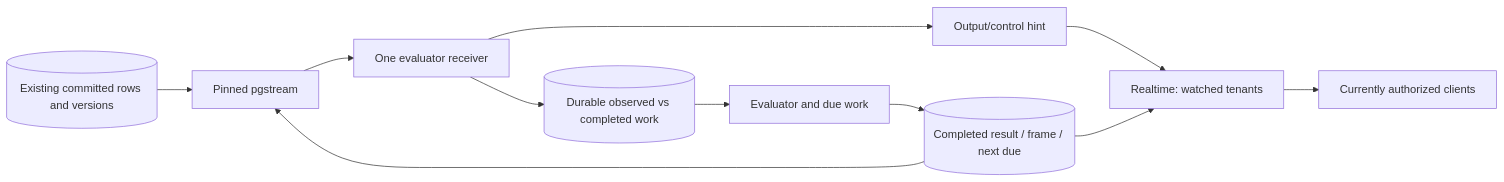
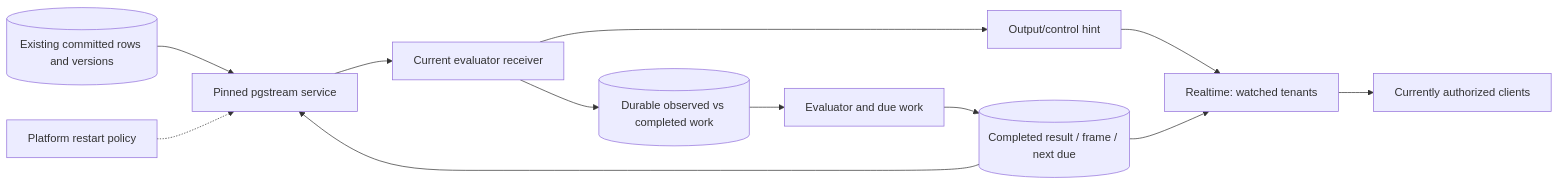
The second of 6 diagrams in docs/30-design/tenancy/evaluator-realtime-communication.md (bewest/rag-nightscout-ecosystem-alignment), drawn with Mermaid before and after one commit. The commit also changed other lines of this file and 2 other files, not shown here.

Commit message:
Record platform-owned stream recovery and current topology

````diff
--- a/docs/30-design/tenancy/evaluator-realtime-communication.md
+++ b/docs/30-design/tenancy/evaluator-realtime-communication.md
@@ -123,13 +143,14 @@
 ```mermaid
 flowchart LR
-  PG[(Existing committed rows and versions)] --> PS[Pinned pgstream]
-  PS --> RX[One evaluator receiver]
+  PG[(Existing committed rows and versions)] --> PS[Pinned pgstream service]
+  Platform[Platform restart policy] -.-> PS
+  PS --> RX[Current evaluator receiver]
   RX --> P[(Durable observed vs completed work)]
   P --> E[Evaluator and due work]
   E --> O[(Completed result / frame / next due)]
   O --> PS
   RX --> H[Output/control hint]
   H --> RT[Realtime: watched tenants]
   O --> RT
   RT --> C[Currently authorized clients]
 ```
````
